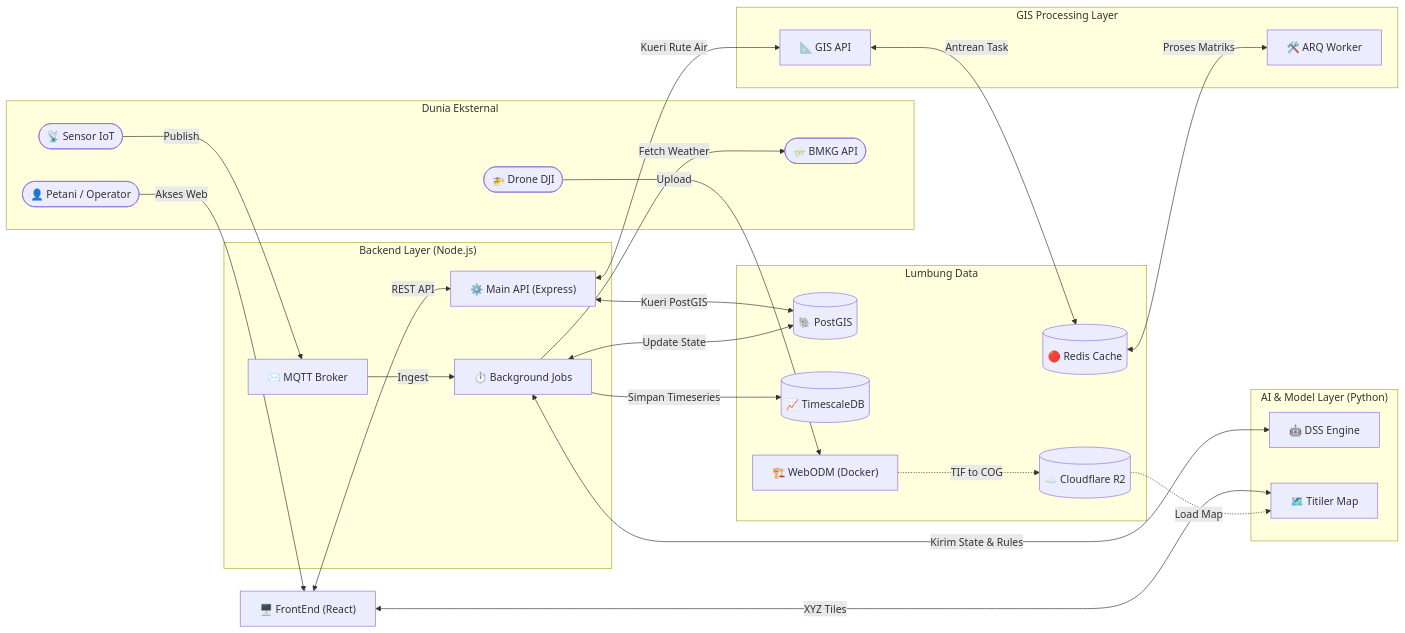
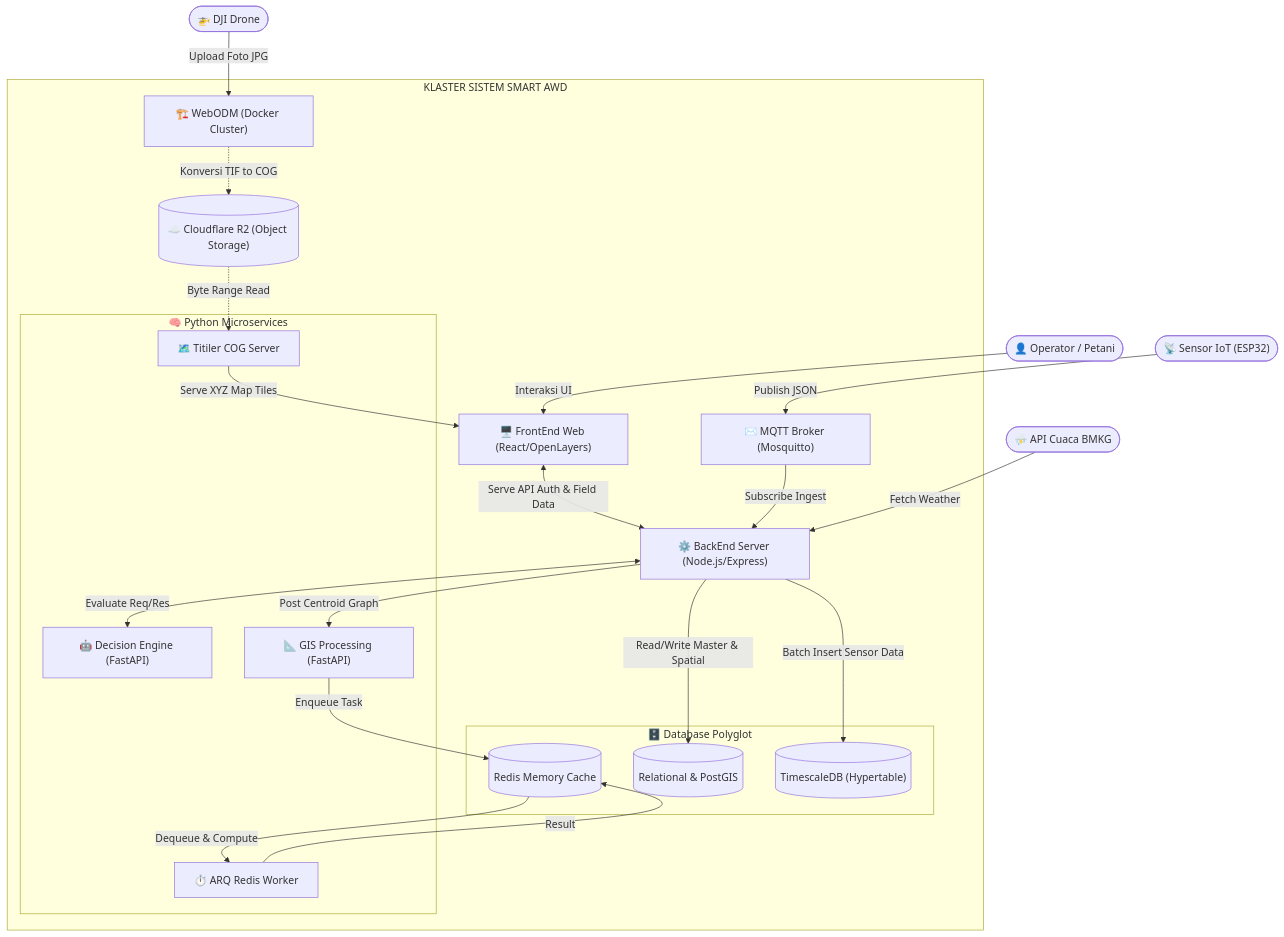
Before and after one commit to HengkerGila/ProTel2026: the diagram in docs/logic/mod_sys_architecture_c4.md, drawn with Mermaid.

````diff
--- a/docs/logic/mod_sys_architecture_c4.md
+++ b/docs/logic/mod_sys_architecture_c4.md
@@ -7,70 +7,64 @@
 ```mermaid
-flowchart LR
+graph TD
     %% Entitas Eksternal
-    subgraph External ["Dunia Eksternal"]
-        Operator(["👤 Petani / Operator"])
-        Drone(["🚁 Drone DJI"])
-        SensorIoT(["📡 Sensor IoT"])
-        BMKG(["⛈️ BMKG API"])
+    Operator(["👤 Operator / Petani"])
+    Drone(["🚁 DJI Drone"])
+    SensorIoT(["📡 Sensor IoT (ESP32)"])
+    BMKG(["⛈️ API Cuaca BMKG"])
+
+    %% Sistem Utama
+    subgraph KLASTER ["KLASTER SISTEM SMART AWD"]
+        
+        %% Ingestion & Cloud Level (Atas)
+        MQTT["✉️ MQTT Broker (Mosquitto)"]
+        WebODM["🏗️ WebODM (Docker Cluster)"]
+        Cloudflare[("☁️ Cloudflare R2 (Object Storage)")]
+        
+        %% Web & App Level (Tengah Atas)
+        FE["🖥️ FrontEnd Web (React/OpenLayers)"]
+        BE["⚙️ BackEnd Server (Node.js/Express)"]
+        
+        %% Python Services Level (Tengah Bawah)
+        subgraph Python_Cluster ["🧠 Python Microservices"]
+            Titiler["🗺️ Titiler COG Server"]
+            DSS["🤖 Decision Engine (FastAPI)"]
+            GIS["📐 GIS Processing (FastAPI)"]
+            ARQ["⏱️ ARQ Redis Worker"]
+        end
+        
+        %% Storage Level (Paling Bawah)
+        subgraph Database_Cluster ["🗄️ Database Polyglot"]
+            Postgres[("Relational & PostGIS")]
+            Timescale[("TimescaleDB (Hypertable)")]
+            Redis[("Redis Memory Cache")]
+        end
     end
 
-    %% Web Client
-    FE["🖥️ FrontEnd (React)"]
-
-    %% Backend Monolith
-    subgraph BE_Cluster ["Backend Layer (Node.js)"]
-        BE_API["⚙️ Main API (Express)"]
-        BE_Cron["⏱️ Background Jobs"]
-        MQTT_Broker["✉️ MQTT Broker"]
-    end
-
-    %% Python Services
-    subgraph Model_Cluster ["AI & Model Layer (Python)"]
-        DSS["🤖 DSS Engine"]
-        Titiler["🗺️ Titiler Map"]
-    end
-
-    subgraph GIS_Cluster ["GIS Processing Layer"]
-        GIS_API["📐 GIS API"]
-        ARQ["🛠️ ARQ Worker"]
-    end
-
-    %% Storage & Infrastructure
-    subgraph Storage ["Lumbung Data"]
-        Postgres[("🐘 PostGIS")]
-        Timescale[("📈 TimescaleDB")]
-        Redis[("🔴 Redis Cache")]
-        R2[("☁️ Cloudflare R2")]
-        WebODM["🏗️ WebODM (Docker)"]
-    end
-
-    %% --------------------------------
-    %% Relasi yang dirapikan (Linear)
-    %% --------------------------------
-
-    %% Flow UI
-    Operator -->|"Akses Web"| FE
-    FE <-->|"REST API"| BE_API
-    FE <-->|"XYZ Tiles"| Titiler
-
-    %% Flow IoT
-    SensorIoT -->|"Publish"| MQTT_Broker
-    MQTT_Broker -->|"Ingest"| BE_Cron
-    BE_Cron -->|"Simpan Timeseries"| Timescale
-
-    %% Flow Drone
-    Drone -->|"Upload"| WebODM
-    WebODM -.->|"TIF to COG"| R2
-    R2 -.->|"Load Map"| Titiler
-
-    %% Flow Sistem Keputusan (DSS & GIS)
-    BE_Cron -->|"Fetch Weather"| BMKG
-    BE_Cron <-->|"Kirim State & Rules"| DSS
-    BE_API <-->|"Kueri Rute Air"| GIS_API
-    GIS_API <-->|"Antrean Task"| Redis
-    Redis <-->|"Proses Matriks"| ARQ
-
-    %% Flow Database Relasional
-    BE_API <-->|"Kueri PostGIS"| Postgres
-    BE_Cron <-->|"Update State"| Postgres
+    %% Hubungan dan Aliran (Top to Bottom)
+    Operator -->|"Interaksi UI"| FE
+    Drone -->|"Upload Foto JPG"| WebODM
+    SensorIoT -->|"Publish JSON"| MQTT
+    
+    %% Alur Peta & Visual (Kiri / Terpisah)
+    WebODM -.->|"Konversi TIF to COG"| Cloudflare
+    Cloudflare -.->|"Byte Range Read"| Titiler
+    Titiler -->|"Serve XYZ Map Tiles"| FE
+    
+    %% Alur Data Sensor (Tengah)
+    MQTT -->|"Subscribe Ingest"| BE
+    BMKG -->|"Fetch Weather"| BE
+    FE <-->|"Serve API Auth & Field Data"| BE
+    
+    %% Alur Pemrosesan Lanjut (DSS & GIS)
+    BE <-->|"Evaluate Req/Res"| DSS
+    BE -->|"Post Centroid Graph"| GIS
+    
+    %% Alur Pekerja (Worker Queue)
+    GIS -->|"Enqueue Task"| Redis
+    Redis -->|"Dequeue & Compute"| ARQ
+    ARQ -->|"Result"| Redis
+    
+    %% Alur Penyimpanan Basis Data (Bawah)
+    BE -->|"Read/Write Master & Spatial"| Postgres
+    BE -->|"Batch Insert Sensor Data"| Timescale
 ```
````
